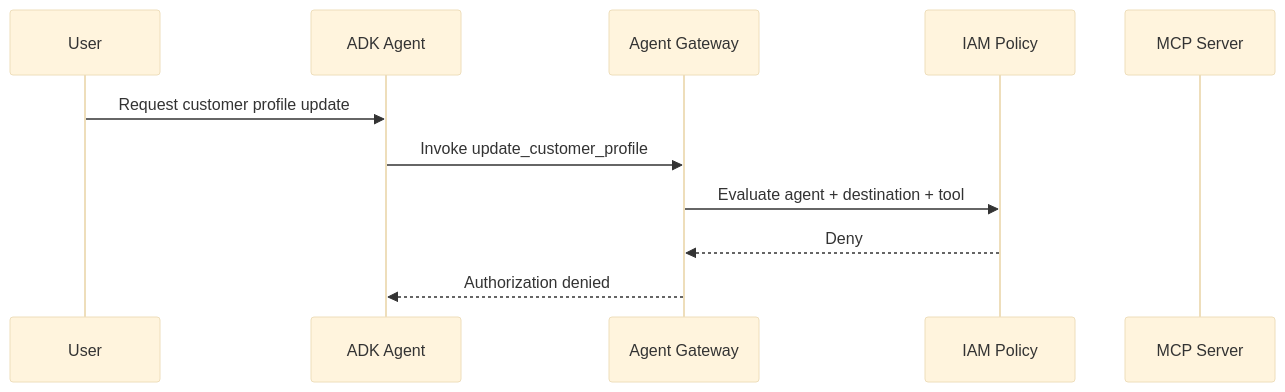
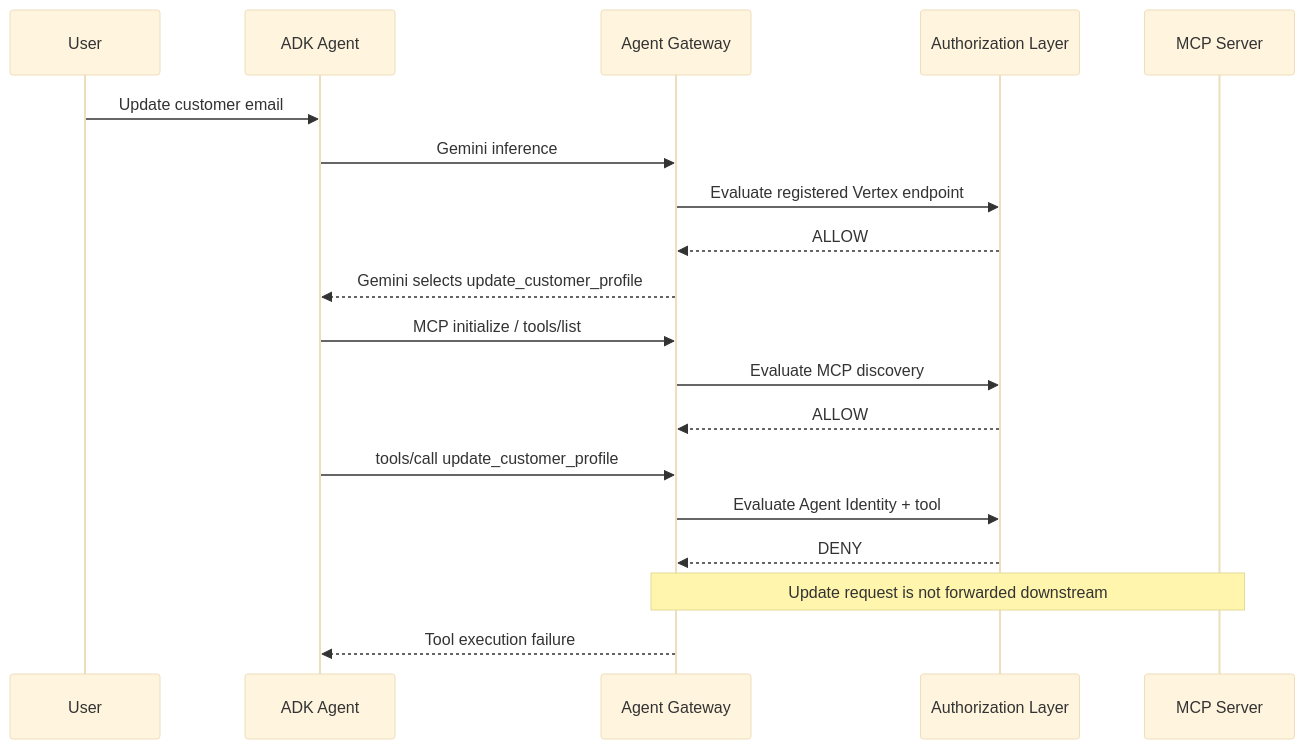
One commit to aman-swarnkar-cloud/google-cloud-agent-gateway-mcp-policy-lab changed the third of 4 diagrams in docs/architecture.md. Above: the diagram before and after it, drawn with Mermaid (base theme). The commit also changed other lines of this file, not shown here.

Commit message:
Updated architecture with validated authorization chain

````diff
--- a/docs/architecture.md
+++ b/docs/architecture.md
@@ -140,14 +409,26 @@
 ```mermaid
 sequenceDiagram
     participant U as User
     participant A as ADK Agent
     participant G as Agent Gateway
-    participant P as IAM Policy
+    participant P as Authorization Layer
     participant M as MCP Server
 
-    U->>A: Request customer profile update
-    A->>G: Invoke update_customer_profile
-    G->>P: Evaluate agent + destination + tool
-    P-->>G: Deny
-    G-->>A: Authorization denied
+    U->>A: Update customer email
+
+    A->>G: Gemini inference
+    G->>P: Evaluate registered Vertex endpoint
+    P-->>G: ALLOW
+    G-->>A: Gemini selects update_customer_profile
+
+    A->>G: MCP initialize / tools/list
+    G->>P: Evaluate MCP discovery
+    P-->>G: ALLOW
+
+    A->>G: tools/call update_customer_profile
+    G->>P: Evaluate Agent Identity + tool
+    P-->>G: DENY
+
+    Note over G,M: Update request is not forwarded downstream
+    G-->>A: Tool execution failure
 ```
````
